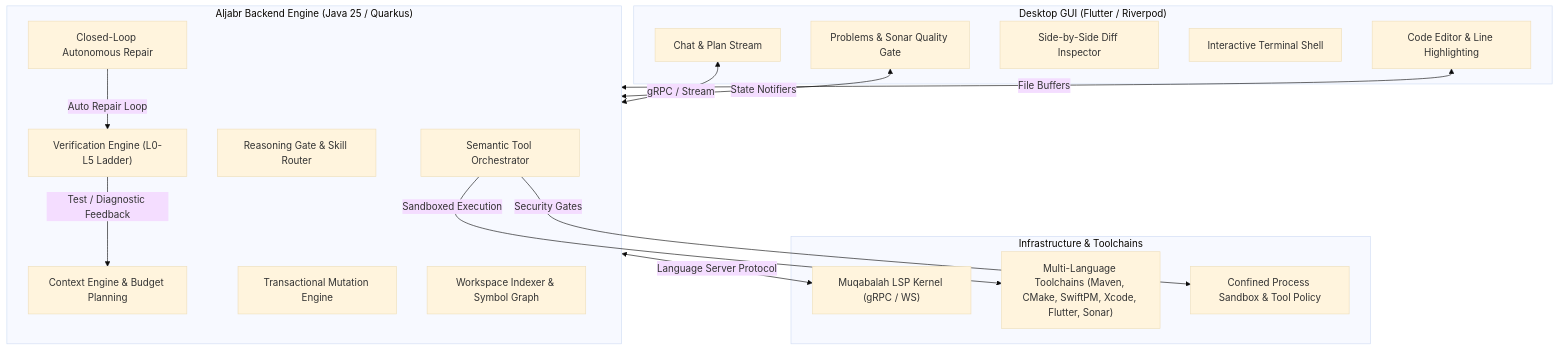
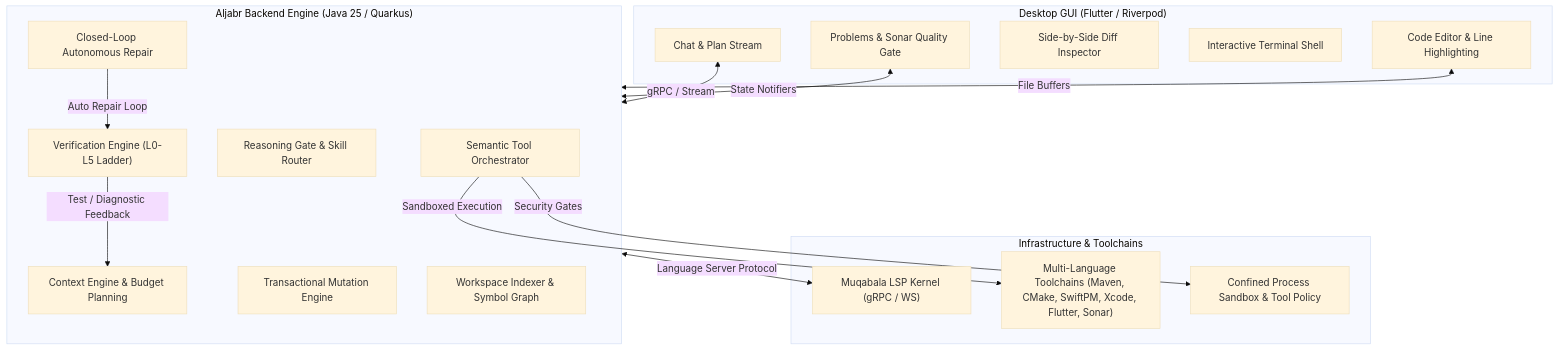
One commit to andalus-ai/cifr changed the first of 5 diagrams in README.md. Above: the diagram before and after it, drawn with Mermaid (base theme). The commit also changed other lines of this file and 215 other files, not shown here.

````diff
--- a/README.md
+++ b/README.md
@@ -34,36 +34,36 @@
 ```mermaid
 graph TB
     subgraph Frontend ["Desktop GUI (Flutter / Riverpod)"]
         UI_Chat["Chat & Plan Stream"]
         UI_Editor["Code Editor & Line Highlighting"]
         UI_Diff["Side-by-Side Diff Inspector"]
         UI_Terminal["Interactive Terminal Shell"]
         UI_Problems["Problems & Sonar Quality Gate"]
     end
 
     subgraph BackendEngine ["Aljabr Backend Engine (Java 25 / Quarkus)"]
         RG["Reasoning Gate & Skill Router"]
         CE["Context Engine & Budget Planning"]
         ME["Transactional Mutation Engine"]
         VE["Verification Engine (L0-L5 Ladder)"]
         CL["Closed-Loop Autonomous Repair"]
         TO["Semantic Tool Orchestrator"]
         WI["Workspace Indexer & Symbol Graph"]
     end
 
     subgraph Substrate ["Infrastructure & Toolchains"]
-        LSP["Muqabalah LSP Kernel (gRPC / WS)"]
+        LSP["Muqabala LSP Kernel (gRPC / WS)"]
         TC["Multi-Language Toolchains (Maven, CMake, SwiftPM, Xcode, Flutter, Sonar)"]
         SANDBOX["Confined Process Sandbox & Tool Policy"]
     end
 
     UI_Chat <-->|gRPC / Stream| BackendEngine
     UI_Problems <-->|State Notifiers| BackendEngine
     UI_Editor <-->|File Buffers| BackendEngine
     
     BackendEngine <-->|Language Server Protocol| LSP
     TO -->|Sandboxed Execution| TC
     TO -->|Security Gates| SANDBOX
     CL -->|Auto Repair Loop| VE
     VE -->|Test / Diagnostic Feedback| CE
 ```
````
